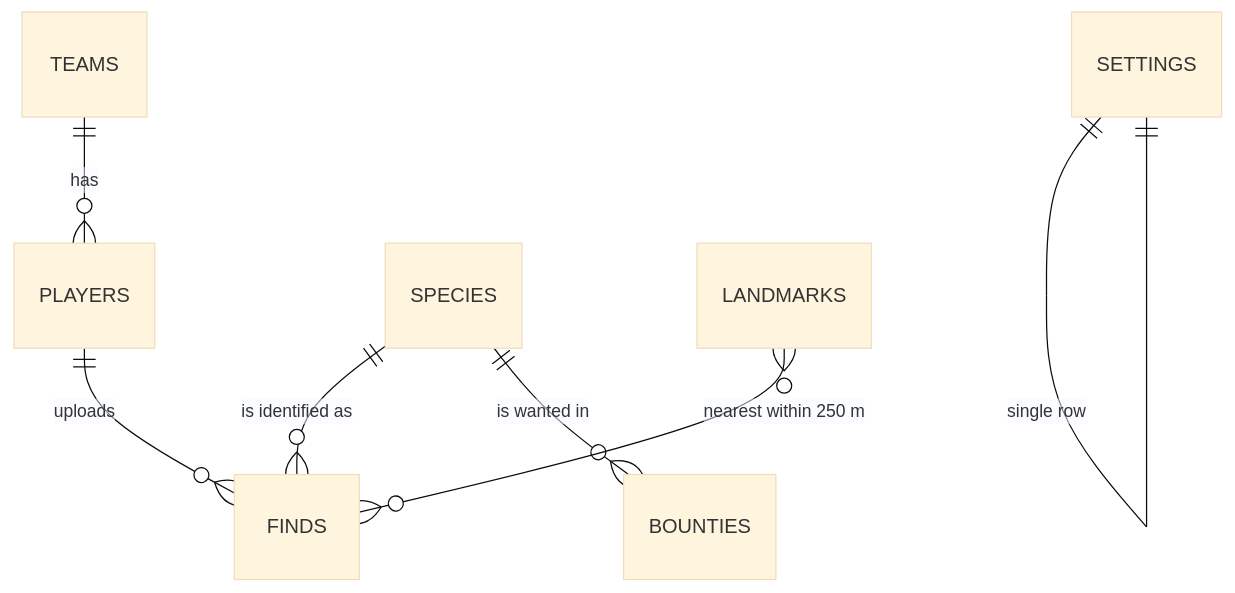
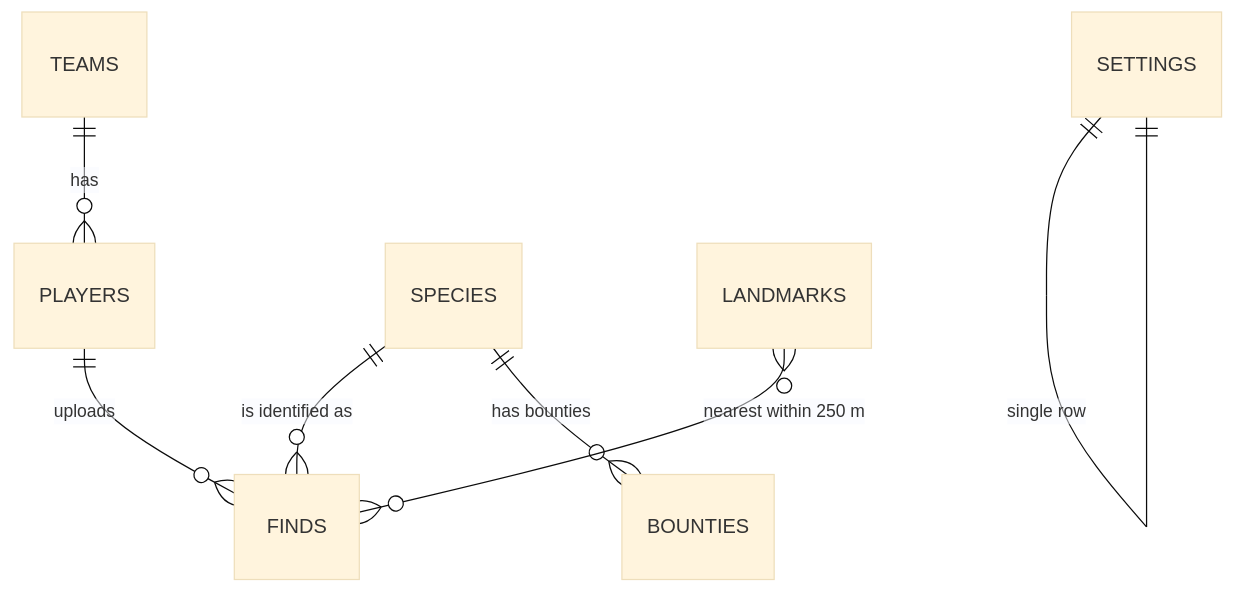
The second of 3 diagrams in docs/ARCHITECTURE.md (sidhy4rth/TreasureTrail), drawn with Mermaid (base theme) before and after one commit. The commit also changed other lines of this file and 38 other files, not shown here.

````diff
--- a/docs/ARCHITECTURE.md
+++ b/docs/ARCHITECTURE.md
@@ -56,9 +60,9 @@
 ```mermaid
 erDiagram
   TEAMS ||--o{ PLAYERS : has
   PLAYERS ||--o{ FINDS : uploads
   SPECIES ||--o{ FINDS : "is identified as"
-  SPECIES ||--o{ BOUNTIES : "is wanted in"
+  SPECIES ||--o{ BOUNTIES : "has bounties"
   SETTINGS ||--|| SETTINGS : "single row"
   LANDMARKS }o--o{ FINDS : "nearest within 250 m"
 ```
````
